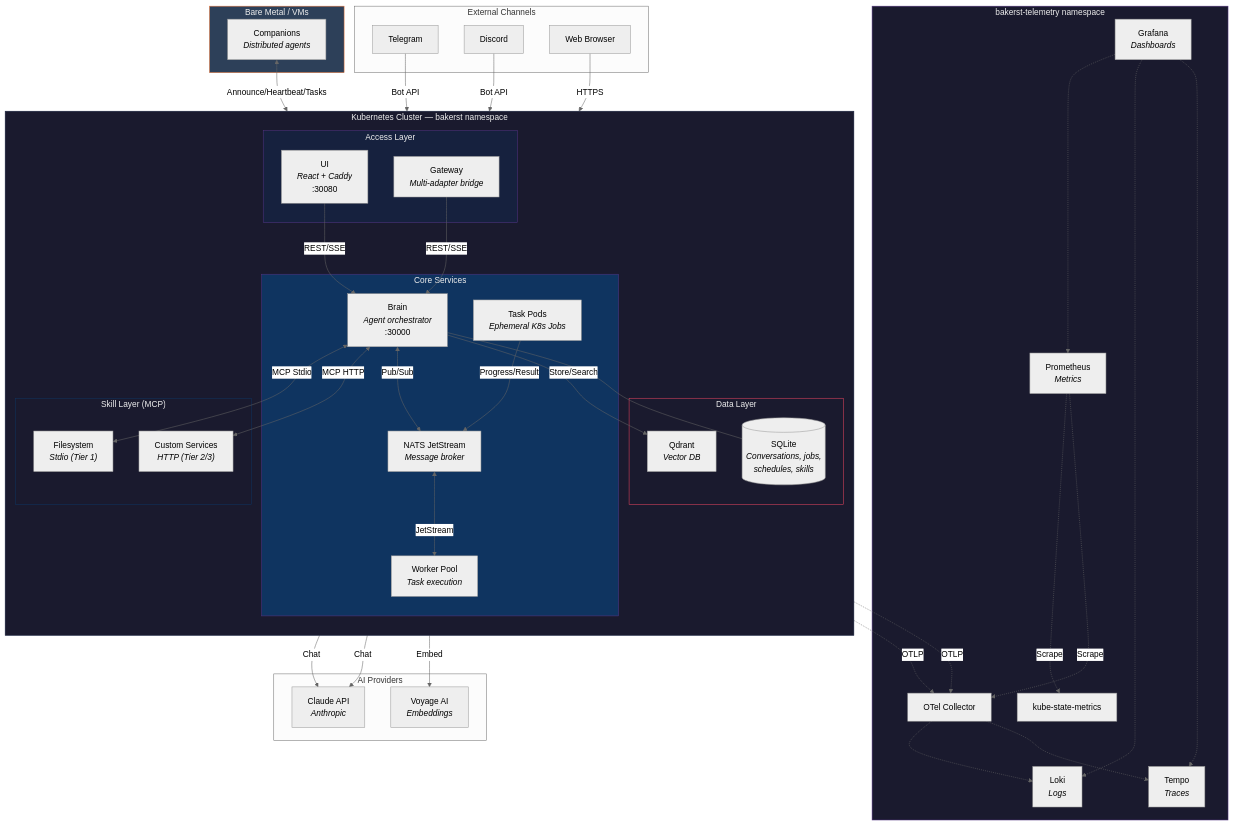
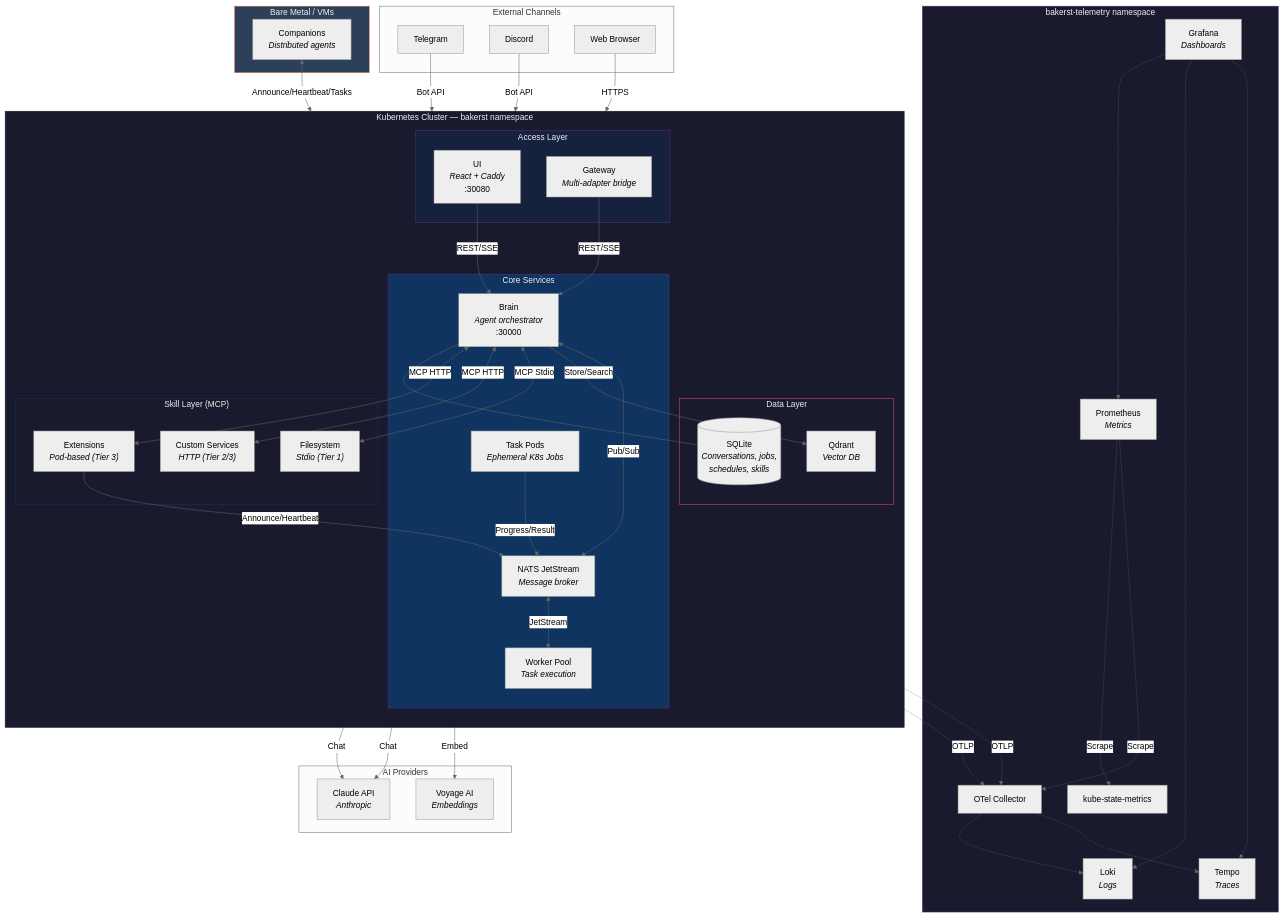
Before and after one commit to The-Baker-Street-Project/baker-street: the first of 12 diagrams in docs/overview.md, drawn with Mermaid (neutral theme). The commit also changed other lines of this file and 2 other files, not shown here.

First line of the commit message:
docs: add extensions to overview, update security model

```diff
--- a/docs/overview.md
+++ b/docs/overview.md
@@ -37,6 +37,7 @@
         subgraph Skills["Skill Layer (MCP)"]
             FS["Filesystem<br/><i>Stdio (Tier 1)</i>"]
             MCP3["Custom Services<br/><i>HTTP (Tier 2/3)</i>"]
+            EXT["Extensions<br/><i>Pod-based (Tier 3)</i>"]
         end
     end
 
@@ -76,6 +77,8 @@
 
     BRAIN <-->|MCP Stdio| FS
     BRAIN <-->|MCP HTTP| MCP3
+    BRAIN <-->|MCP HTTP| EXT
+    EXT -->|Announce/Heartbeat| NATS
 
     BRAIN -.->|OTLP| OTEL
     WORKER -.->|OTLP| OTEL
```
